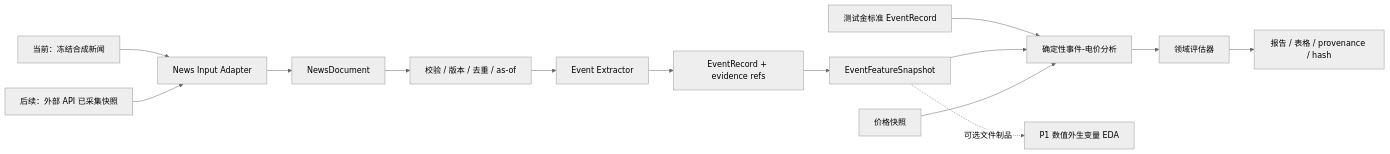
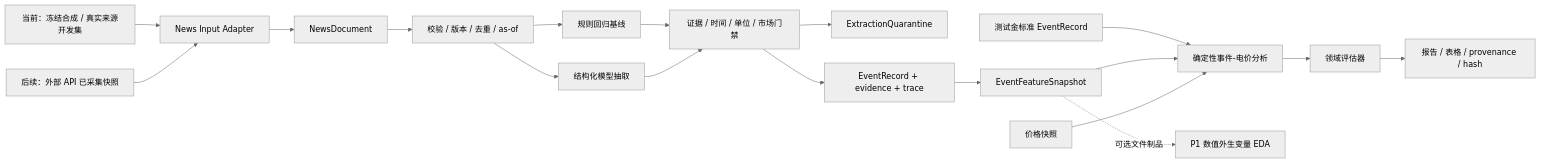
The diagram in docs/phase2-news-price-analysis-proposal.md (thisHobart/anlysis_elce_agent), drawn with Mermaid (neutral theme) before and after one commit. The commit also changed other lines of this file and 29 other files, not shown here.

````diff
--- a/docs/phase2-news-price-analysis-proposal.md
+++ b/docs/phase2-news-price-analysis-proposal.md
@@ -100,16 +103,20 @@
 ```mermaid
 flowchart LR
-    FIX[当前：冻结合成新闻] --> ADAPTER[News Input Adapter]
+    FIX[当前：冻结合成 / 真实来源开发集] --> ADAPTER[News Input Adapter]
     API[后续：外部 API 已采集快照] --> ADAPTER
     ADAPTER --> DOC[NewsDocument]
     DOC --> PREP[校验 / 版本 / 去重 / as-of]
-    PREP --> EXTRACT[Event Extractor]
+    PREP --> RULE[规则回归基线]
+    PREP --> MODEL[结构化模型抽取]
+    RULE --> GATE[证据 / 时间 / 单位 / 市场门禁]
+    MODEL --> GATE
+    GATE --> QUAR[ExtractionQuarantine]
     GOLD[测试金标准 EventRecord] --> ANALYSIS
-    EXTRACT --> EVENT[EventRecord + evidence refs]
+    GATE --> EVENT[EventRecord + evidence + trace]
     EVENT --> FEATURE[EventFeatureSnapshot]
     FEATURE --> ANALYSIS[确定性事件-电价分析]
     PRICE[价格快照] --> ANALYSIS
     ANALYSIS --> EVAL[领域评估器]
     EVAL --> PACK[报告 / 表格 / provenance / hash]
     FEATURE -. 可选文件制品 .-> P1[P1 数值外生变量 EDA]
 ```
````
